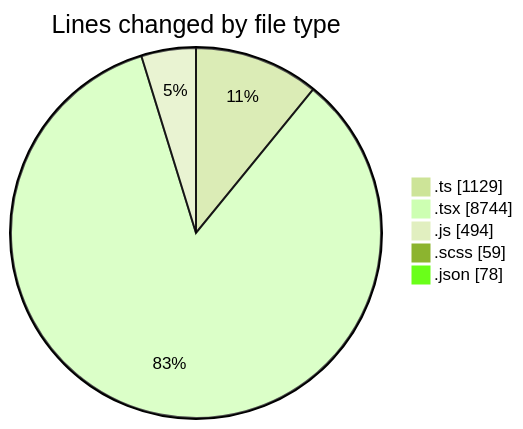
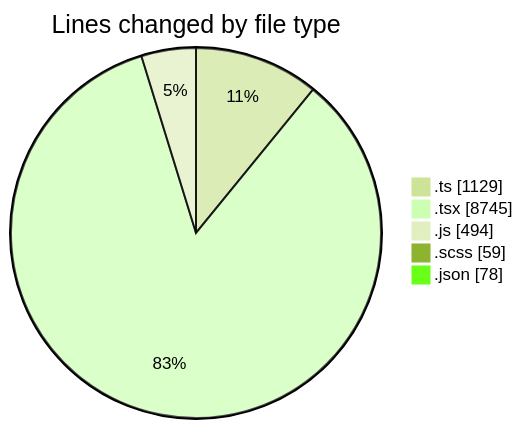
The first of 2 diagrams in 2025-09-02/cda/README.md (momahboobian/code-tracking), drawn with Mermaid (forest theme) before and after one commit. The commit also changed other lines of this file and 1 other file, not shown here.

````diff
--- a/2025-09-02/cda/README.md
+++ b/2025-09-02/cda/README.md
@@ -33,9 +33,9 @@
 ```mermaid
 pie showData
 title Lines changed by file type
 ".ts" : 1129
-".tsx" : 8744
+".tsx" : 8745
 ".js" : 494
 ".scss" : 59
 ".json" : 78
 ```
````
